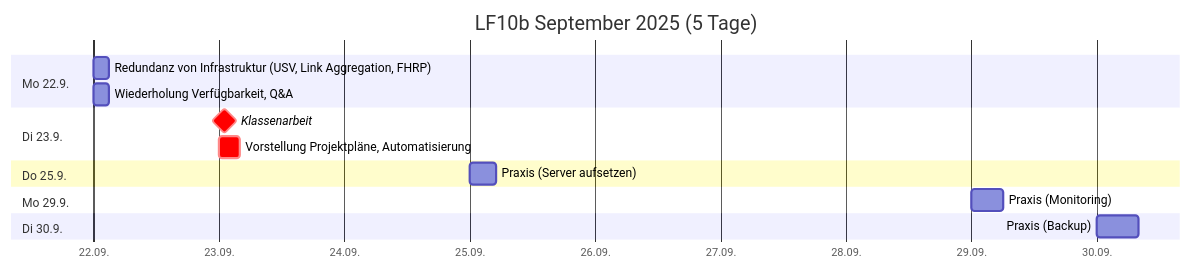
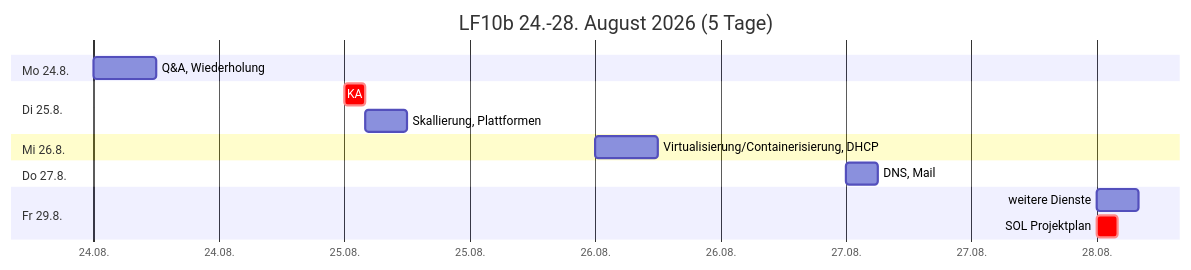
The second of 3 diagrams in src/plan.md (johannesloetzsch/LF10b), drawn with Mermaid before and after one commit. The commit also changed other lines of this file and 4 other files, not shown here.

````diff
--- a/src/plan.md
+++ b/src/plan.md
@@ -30,18 +20,18 @@
 ```mermaid
 gantt
- title LF10b September 2025 (5 Tage)
+ title LF10b 24.-28. August 2026 (5 Tage)
  dateFormat YYYY-MM-DD
  axisFormat %d.%m.
- section Mo 22.9.
-  Redundanz von Infrastruktur (USV, Link Aggregation, FHRP) :2025-09-22, 3h
-  Wiederholung Verfügbarkeit, Q&A  :2025-09-22, 3h
- section Di 23.9.
-  Klassenarbeit                 :crit, milestone, 2025-09-23, 2h
-  Vorstellung Projektpläne, Automatisierung :crit, 2025-09-23, 4h
- section Do 25.9.
-  Praxis (Server aufsetzen)     :2025-09-25, 5h
- section Mo 29.9.
-  Praxis (Monitoring)           :2025-09-29, 6h
- section Di 30.9.
-  Praxis (Backup)               :2025-09-30, 8h
+ section Mo 24.8.
+  Q&A, Wiederholung           :2026-08-24, 6h
+ section Di 25.8.
+  KA                          :crit, ka1, 2026-08-25, 2h
+  Skallierung, Plattformen    :after ka1, 4h
+ section Mi 26.8.
+  Virtualisierung/Containerisierung, DHCP  :2026-08-26, 6h
+ section Do 27.8.
+  DNS, Mail                   :2026-08-27, 3h
+ section Fr 29.8.
+  weitere Dienste             :2026-08-28, 4h
+  SOL Projektplan             :crit, 2026-08-28, 2h
 ```
````
